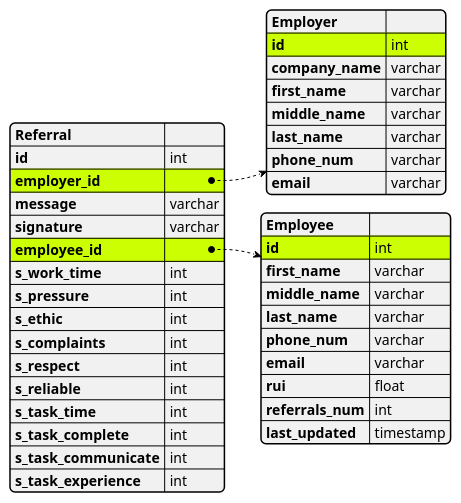
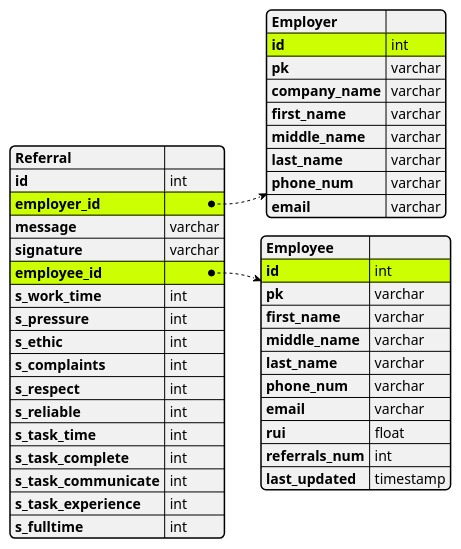
The diagram in docs/UML/DB_Schema.puml (davidseddy1/ReputationIndex), drawn with PlantUML before and after one commit.

Commit message:
updating DBschema
Updating public key, as well as a question that was forgotten.

```diff
--- a/docs/UML/DB_Schema.puml
+++ b/docs/UML/DB_Schema.puml
@@ -1,44 +1,47 @@
 @startjson
 #highlight "employer_id"
 #highlight "employee_id"
 #highlight "employee_id" / "id"
 #highlight "employer_id" / "id"
 {
     "Referral" : "",
     "id" : "int",
     "employer_id" : {
         "Employer" : "",
         "id" : "int",
+        "pk" : "varchar",
         "company_name" : "varchar",        
         "first_name" : "varchar",
         "middle_name" : "varchar",
         "last_name"  : "varchar",
         "phone_num" : "varchar",
         "email" : "varchar"
     },
     "message" : "varchar",
     "signature" : "varchar",
     "employee_id" : {
         "Employee" : "",
-        "id" : "int",        
+        "id" : "int",   
+        "pk" : "varchar",
         "first_name" : "varchar",
         "middle_name" : "varchar",
         "last_name"  : "varchar",
         "phone_num" : "varchar",
         "email" : "varchar",
         "rui" : "float",        
         "referrals_num" : "int",
         "last_updated" : "timestamp"
     },
     "s_work_time" : "int",
     "s_pressure" : "int",
     "s_ethic" : "int",
     "s_complaints" : "int",
     "s_respect" : "int",
     "s_reliable" : "int",
     "s_task_time" : "int",
     "s_task_complete" : "int",
     "s_task_communicate" : "int",
-    "s_task_experience" : "int"
+    "s_task_experience" : "int",
+    "s_fulltime" : "int"
 }
 @endjson
```
